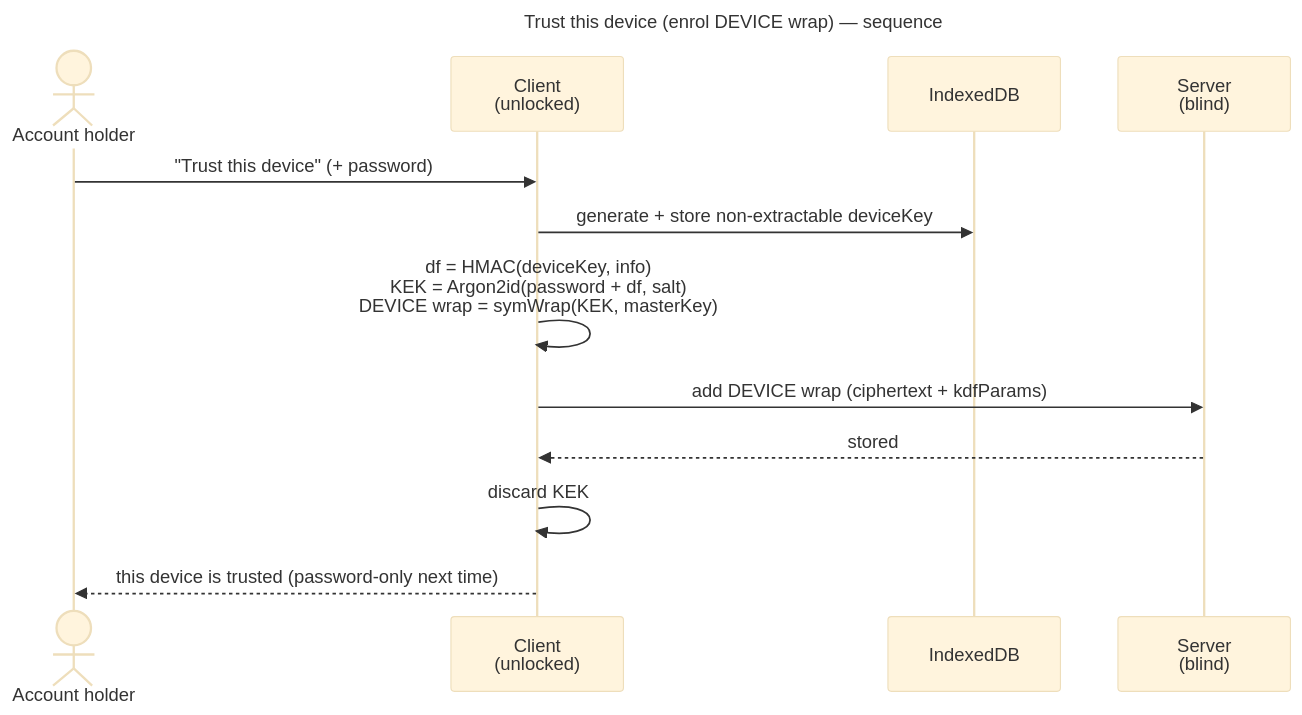
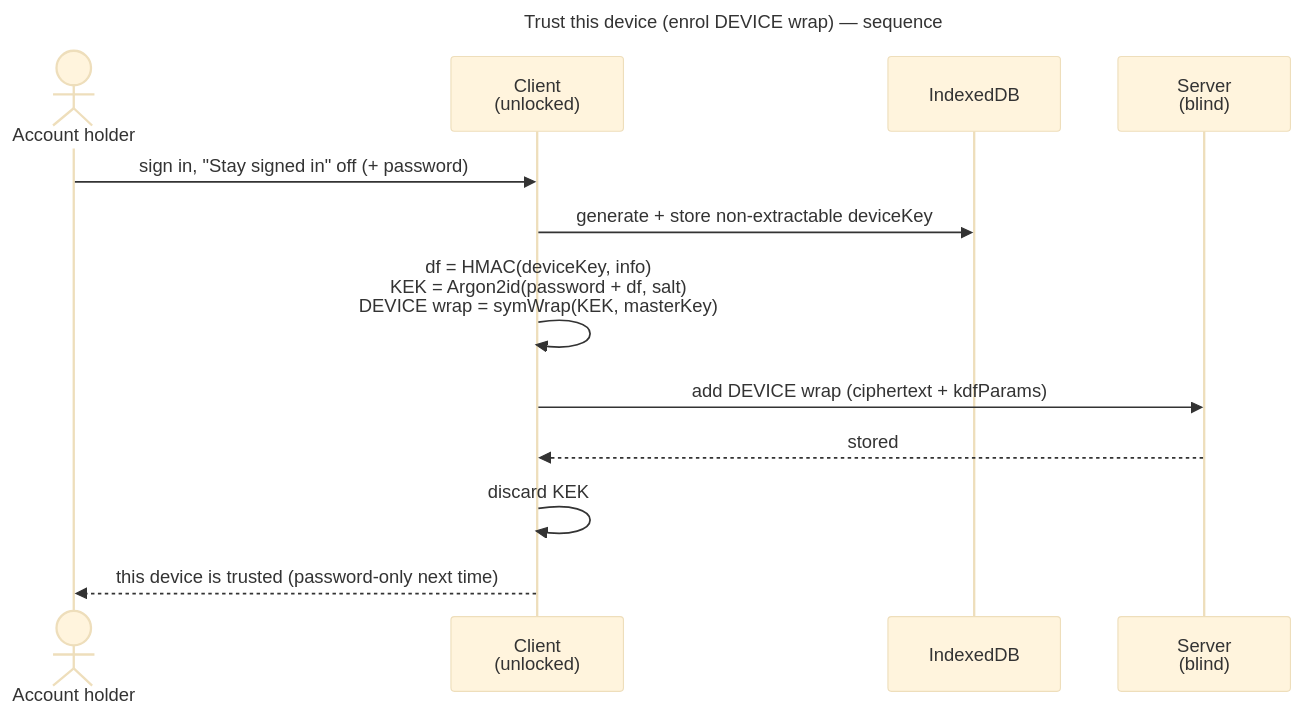
One commit to raddatzk/veyq changed the first of 2 diagrams in docs/features/account/use-cases/uc.account.trust-device.md. Above: the diagram before and after it, drawn with Mermaid (base theme). The commit also changed other lines of this file and 8 other files, not shown here.

````diff
--- a/docs/features/account/use-cases/uc.account.trust-device.md
+++ b/docs/features/account/use-cases/uc.account.trust-device.md
@@ -57,17 +60,17 @@
 ```mermaid
 ---
 title: Trust this device (enrol DEVICE wrap) — sequence
 ---
 sequenceDiagram
   actor U as Account holder
   participant C as Client<br>(unlocked)
   participant DB as IndexedDB
   participant S as Server<br>(blind)
-  U->>C: "Trust this device" (+ password)
+  U->>C: sign in, "Stay signed in" off (+ password)
   C->>DB: generate + store non-extractable deviceKey
   C->>C: df = HMAC(deviceKey, info)<br>KEK = Argon2id(password + df, salt)<br>DEVICE wrap = symWrap(KEK, masterKey)
   C->>S: add DEVICE wrap (ciphertext + kdfParams)
   S-->>C: stored
   C->>C: discard KEK
   C-->>U: this device is trusted (password-only next time)
 ```
````
